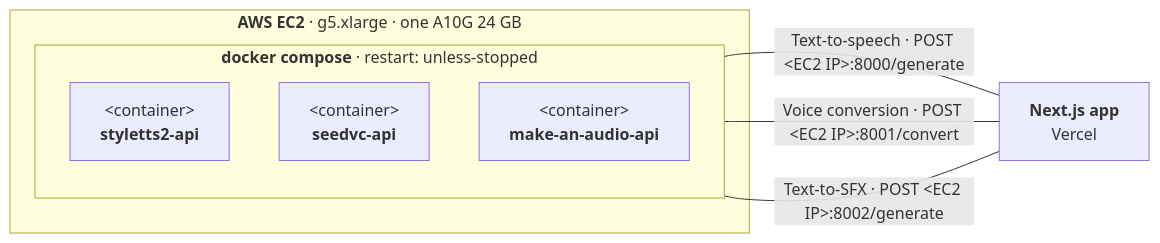
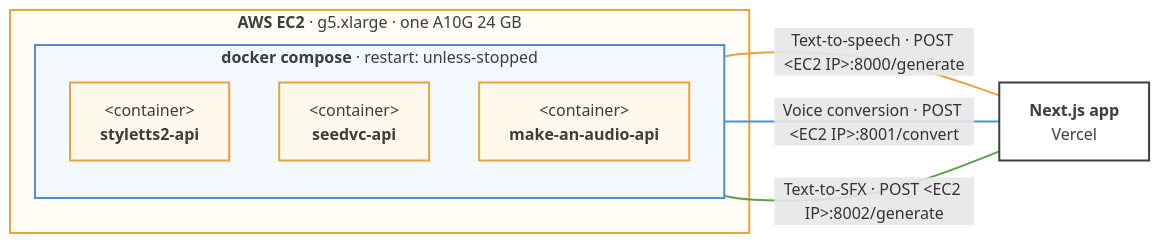
Before and after one commit to Div16s/tonexlabs: the first of 5 diagrams in README.md, drawn with Mermaid. The commit also changed other lines of this file, not shown here.

Commit message:
Enhance README with API Deployment flow

````diff
--- a/README.md
+++ b/README.md
@@ -43,17 +43,29 @@
 ```mermaid
 flowchart LR
     subgraph EC2["<b>AWS EC2</b> · g5.xlarge · one A10G 24 GB"]
       subgraph DC["<b>docker compose</b> · restart: unless-stopped"]
         direction TB
         C1["&lt;container&gt;<br/><b>styletts2-api</b>"]
         C2["&lt;container&gt;<br/><b>seedvc-api</b>"]
         C3["&lt;container&gt;<br/><b>make-an-audio-api</b>"]
       end
     end
 
     APP["<b>Next.js app</b><br/>Vercel"]
 
     C1 ---|"Text-to-speech · POST &lt;EC2 IP&gt;:8000/generate"| APP
     C2 ---|"Voice conversion · POST &lt;EC2 IP&gt;:8001/convert"| APP
     C3 ---|"Text-to-SFX · POST &lt;EC2 IP&gt;:8002/generate"| APP
+
+    classDef container fill:#fff8ec,stroke:#e8a33d,stroke-width:2px,color:#3d3d3d
+    classDef app fill:#ffffff,stroke:#3d3d3d,stroke-width:2px,color:#3d3d3d
+    class C1,C2,C3 container
+    class APP app
+
+    style EC2 fill:#fffdf6,stroke:#e8a33d,stroke-width:2px,color:#3d3d3d
+    style DC fill:#f4f9ff,stroke:#4a90d9,stroke-width:2px,color:#3d3d3d
+
+    linkStyle 0 stroke:#e8a33d,stroke-width:2px
+    linkStyle 1 stroke:#4a90d9,stroke-width:2px
+    linkStyle 2 stroke:#59a14f,stroke-width:2px
 ```
````
